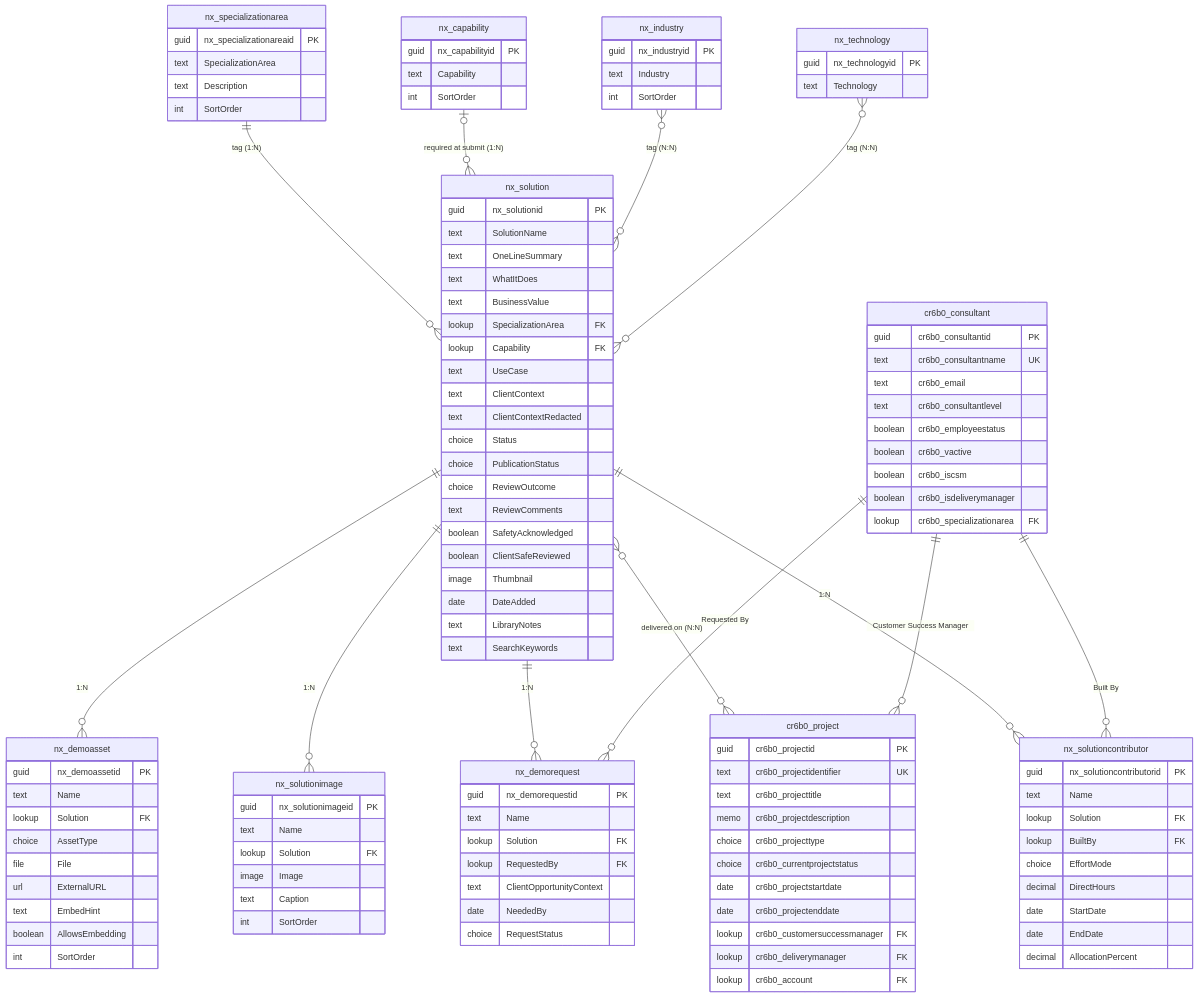
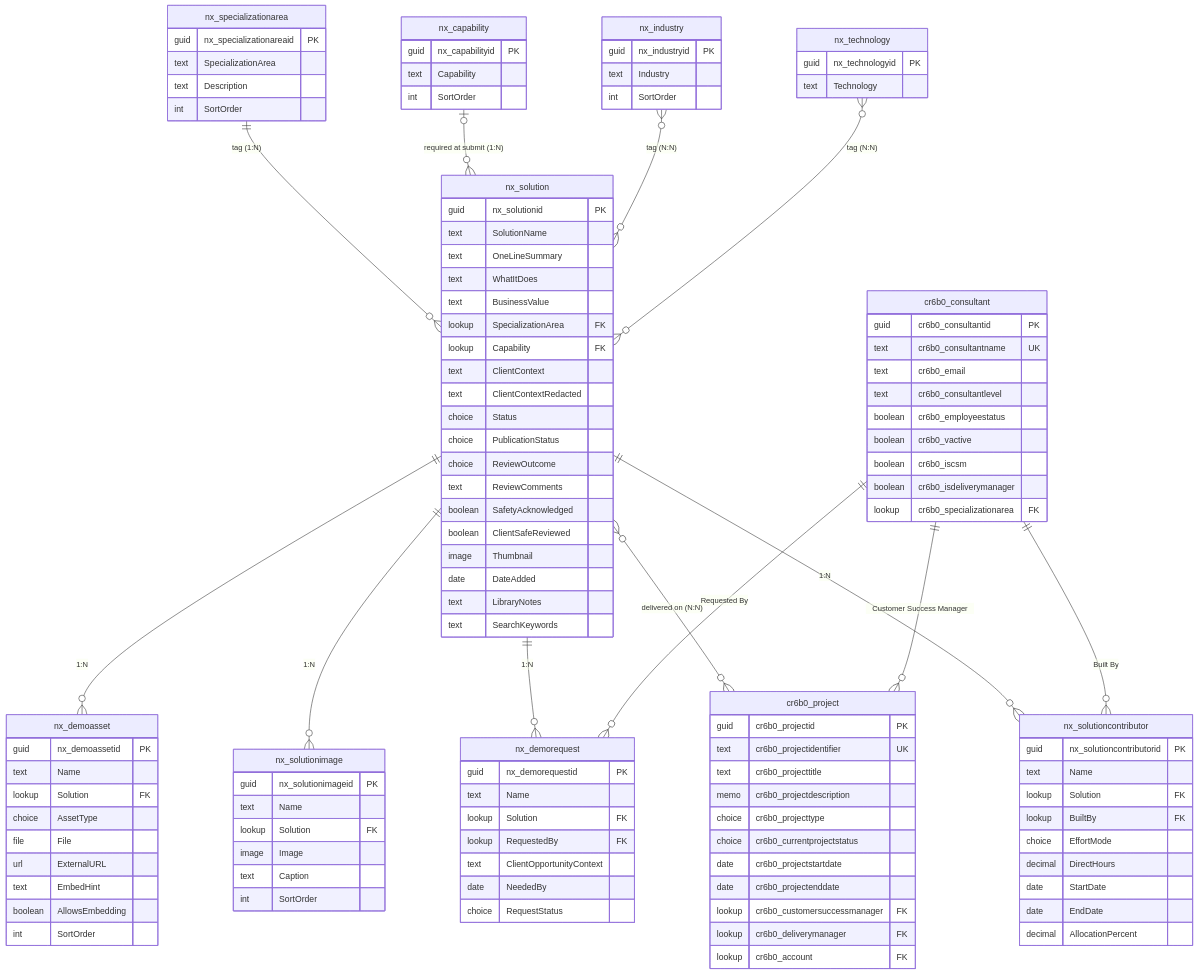
The first of 3 diagrams in docs/data_model/SchemaV2.md (lpreciado-nextant/PRISMA), drawn with Mermaid before and after one commit. The commit also changed other lines of this file and 40 other files, not shown here.

```diff
--- a/docs/data_model/SchemaV2.md
+++ b/docs/data_model/SchemaV2.md
@@ -72,7 +72,6 @@
         text BusinessValue
         lookup SpecializationArea FK
         lookup Capability FK
-        text UseCase
         text ClientContext
         text ClientContextRedacted
         choice Status
```
